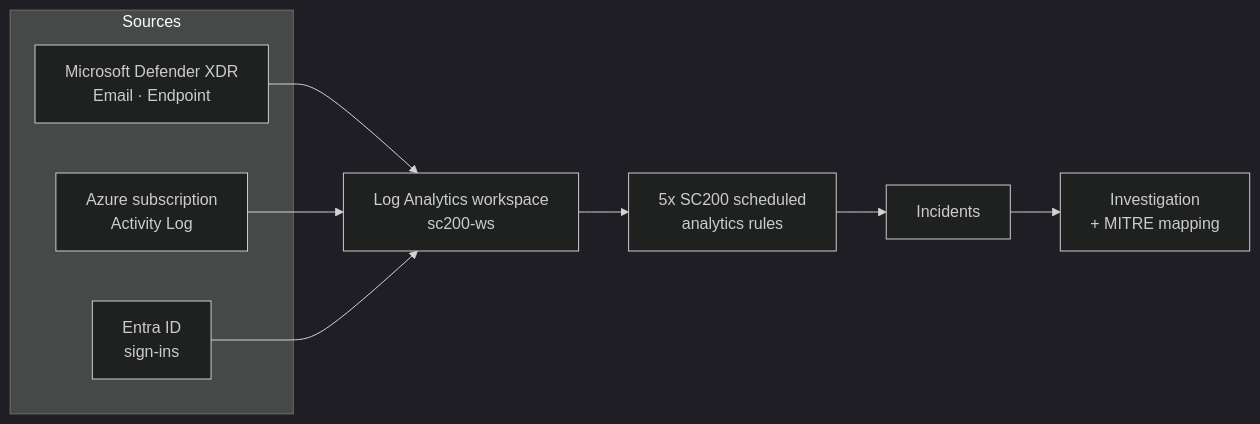
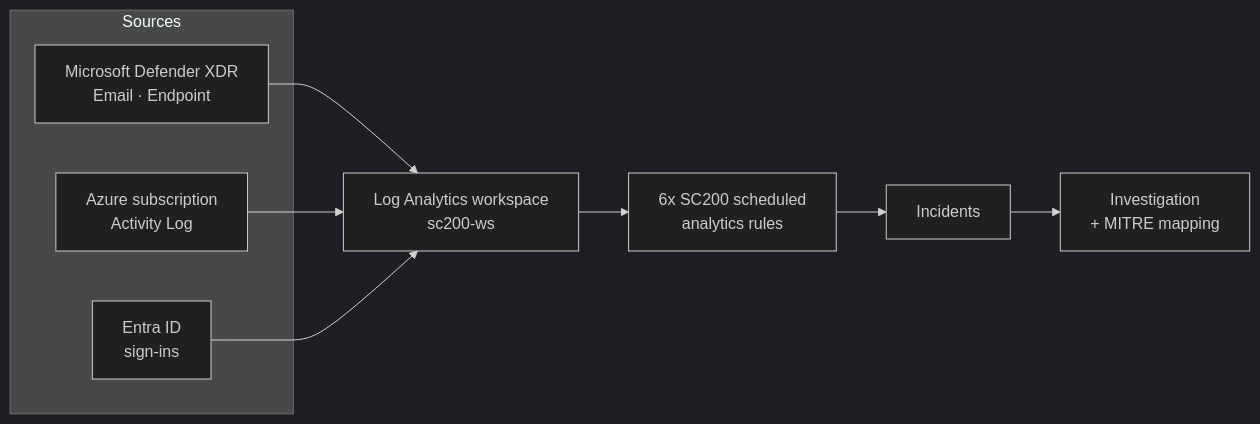
Before and after one commit to ibondarenko1/azure-soc-detection-lab: the second of 2 diagrams in README.md, drawn with Mermaid (dark theme). The commit also changed other lines of this file and 12 other files, not shown here.

````diff
--- a/README.md
+++ b/README.md
@@ -34,14 +34,14 @@
 ```mermaid
 flowchart LR
   subgraph Sources
     A[Microsoft Defender XDR<br/>Email · Endpoint]
     B[Azure subscription<br/>Activity Log]
     C[Entra ID<br/>sign-ins]
   end
   A --> W[Log Analytics workspace<br/>sc200-ws]
   B --> W
   C --> W
-  W --> R[5x SC200 scheduled<br/>analytics rules]
+  W --> R[6x SC200 scheduled<br/>analytics rules]
   R --> I[Incidents]
   I --> V[Investigation<br/>+ MITRE mapping]
 ```
````
